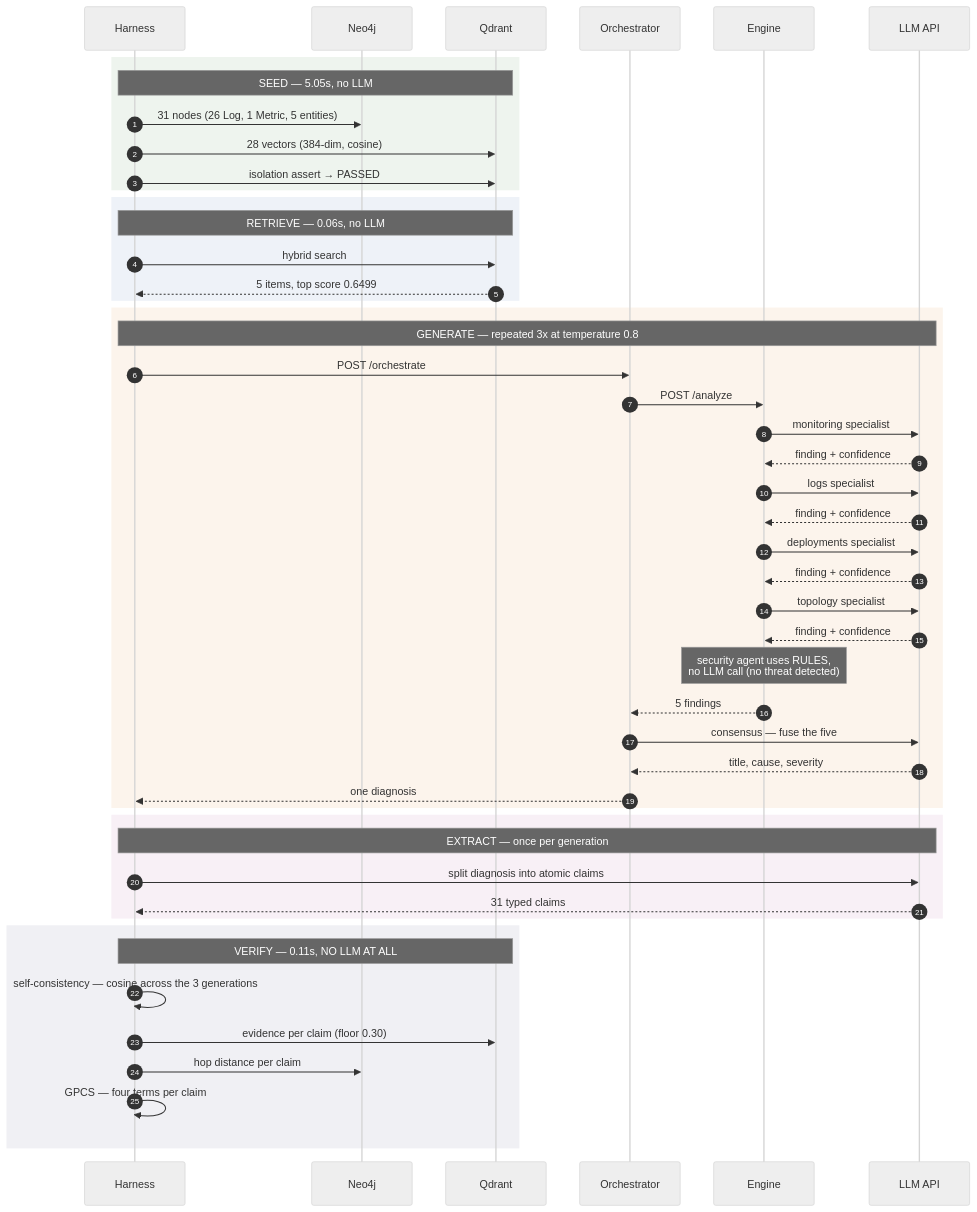
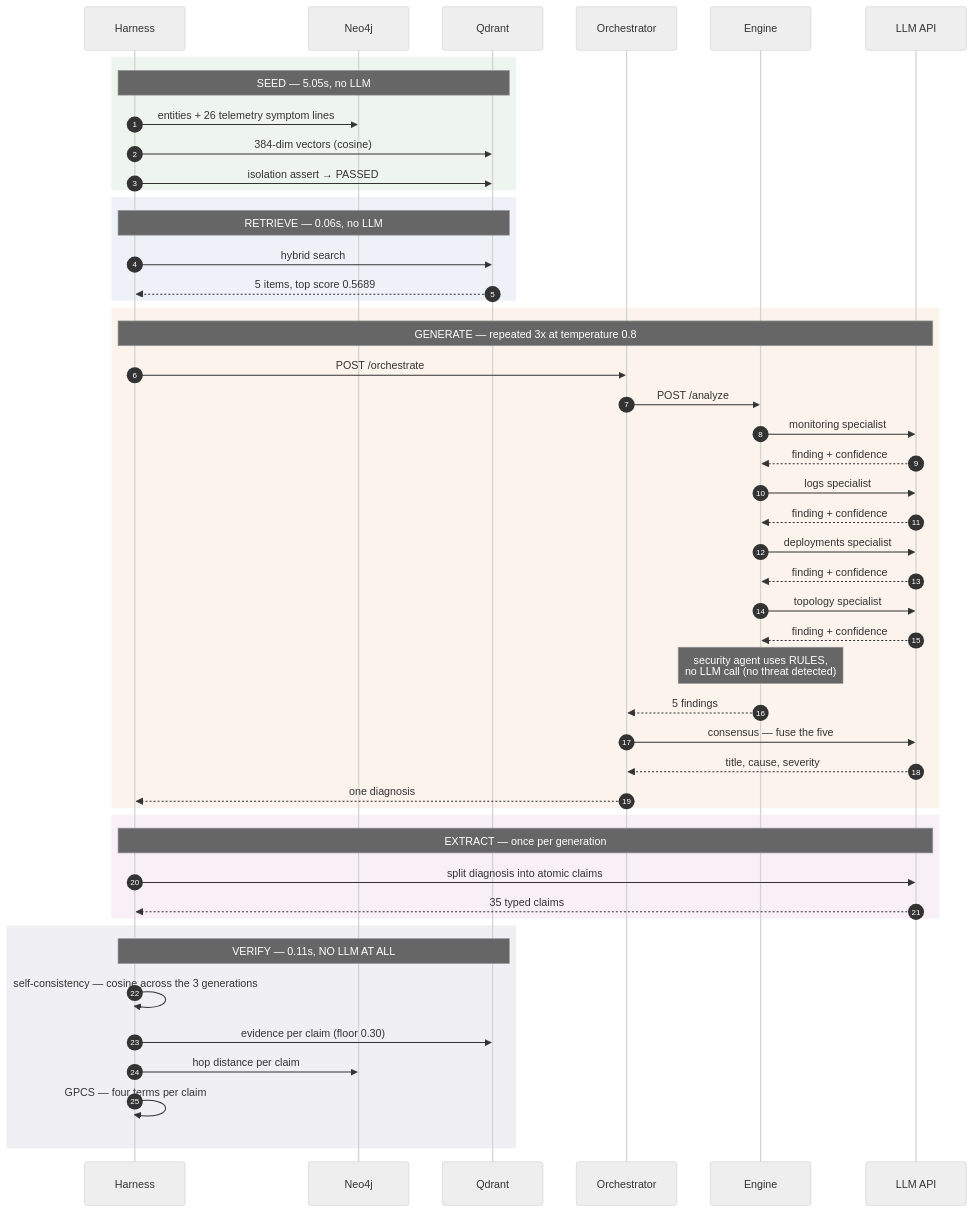
Before and after one commit to shivamshashank/CloudGraph: the first of 6 diagrams in docs/VERIFICATION_FLOW.md, drawn with Mermaid (neutral theme). The commit also changed other lines of this file and 77 other files, not shown here.

````diff
--- a/docs/VERIFICATION_FLOW.md
+++ b/docs/VERIFICATION_FLOW.md
@@ -13,56 +14,56 @@
 ```mermaid
 sequenceDiagram
     autonumber
     participant H as Harness
     participant N as Neo4j
     participant Q as Qdrant
     participant O as Orchestrator
     participant E as Engine
     participant L as LLM API
 
     rect rgb(238, 244, 238)
     Note over H,Q: SEED — 5.05s, no LLM
-    H->>N: 31 nodes (26 Log, 1 Metric, 5 entities)
-    H->>Q: 28 vectors (384-dim, cosine)
+    H->>N: entities + 26 telemetry symptom lines
+    H->>Q: 384-dim vectors (cosine)
     H->>Q: isolation assert → PASSED
     end
 
     rect rgb(238, 242, 248)
     Note over H,Q: RETRIEVE — 0.06s, no LLM
     H->>Q: hybrid search
-    Q-->>H: 5 items, top score 0.6499
+    Q-->>H: 5 items, top score 0.5689
     end
 
     rect rgb(252, 244, 236)
     Note over H,L: GENERATE — repeated 3x at temperature 0.8
     H->>O: POST /orchestrate
     O->>E: POST /analyze
     E->>L: monitoring specialist
     L-->>E: finding + confidence
     E->>L: logs specialist
     L-->>E: finding + confidence
     E->>L: deployments specialist
     L-->>E: finding + confidence
     E->>L: topology specialist
     L-->>E: finding + confidence
     Note over E: security agent uses RULES,<br/>no LLM call (no threat detected)
     E-->>O: 5 findings
     O->>L: consensus — fuse the five
     L-->>O: title, cause, severity
     O-->>H: one diagnosis
     end
 
     rect rgb(248, 240, 246)
     Note over H,L: EXTRACT — once per generation
     H->>L: split diagnosis into atomic claims
-    L-->>H: 31 typed claims
+    L-->>H: 35 typed claims
     end
 
     rect rgb(240, 240, 244)
     Note over H,Q: VERIFY — 0.11s, NO LLM AT ALL
     H->>H: self-consistency — cosine across the 3 generations
     H->>Q: evidence per claim (floor 0.30)
     H->>N: hop distance per claim
     H->>H: GPCS — four terms per claim
     end
 ```
````
